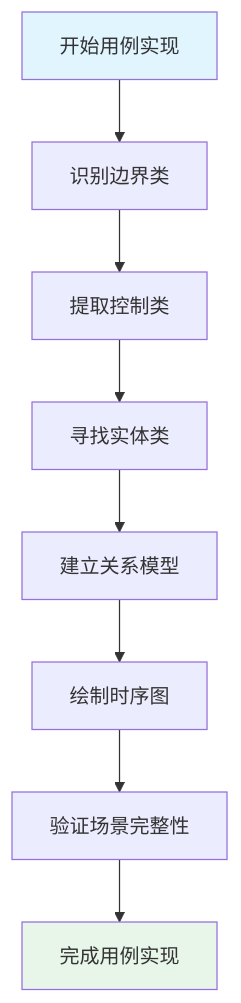
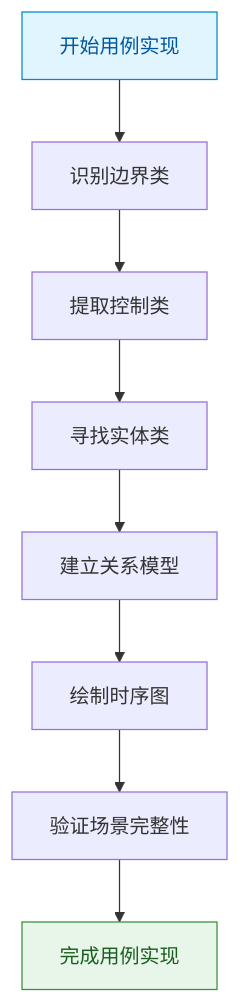
Diagram 12 of 14 in _posts/2012-12-15-thinking-in-uml.md (FreezeSoul/freezesoul.github.com), drawn with Mermaid before and after one commit. The commit also changed other lines of this file and 9 other files, not shown here.

Commit message:
修正mermaid配色与要求

````diff
--- a/_posts/2012-12-15-thinking-in-uml.md
+++ b/_posts/2012-12-15-thinking-in-uml.md
@@ -698,13 +698,13 @@
 ```mermaid
 flowchart TD
     START[开始用例实现] --> Identify[识别边界类]
     Identify --> Extract[提取控制类]
     Extract --> Find[寻找实体类]
     Find --> Model[建立关系模型]
     Model --> Sequence[绘制时序图]
     Sequence --> Verify[验证场景完整性]
     Verify --> END[完成用例实现]
 
-    style START fill:#e1f5ff
-    style END fill:#e8f5e9
+    style START fill:#e1f5ff,stroke:#0288d1,color:#01579b
+    style END fill:#e8f5e9,stroke:#388e3c,color:#1b5e20
 ```
````
